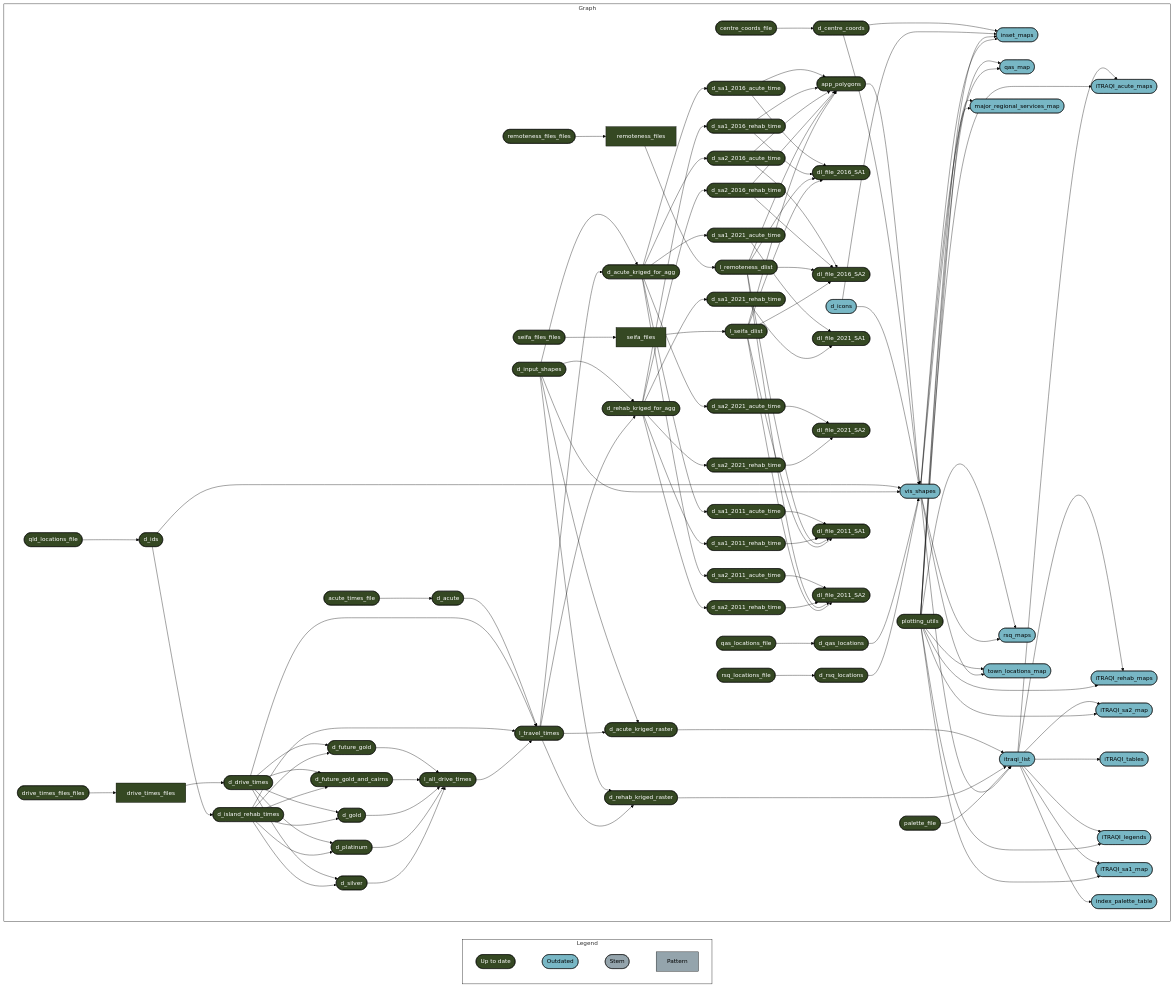
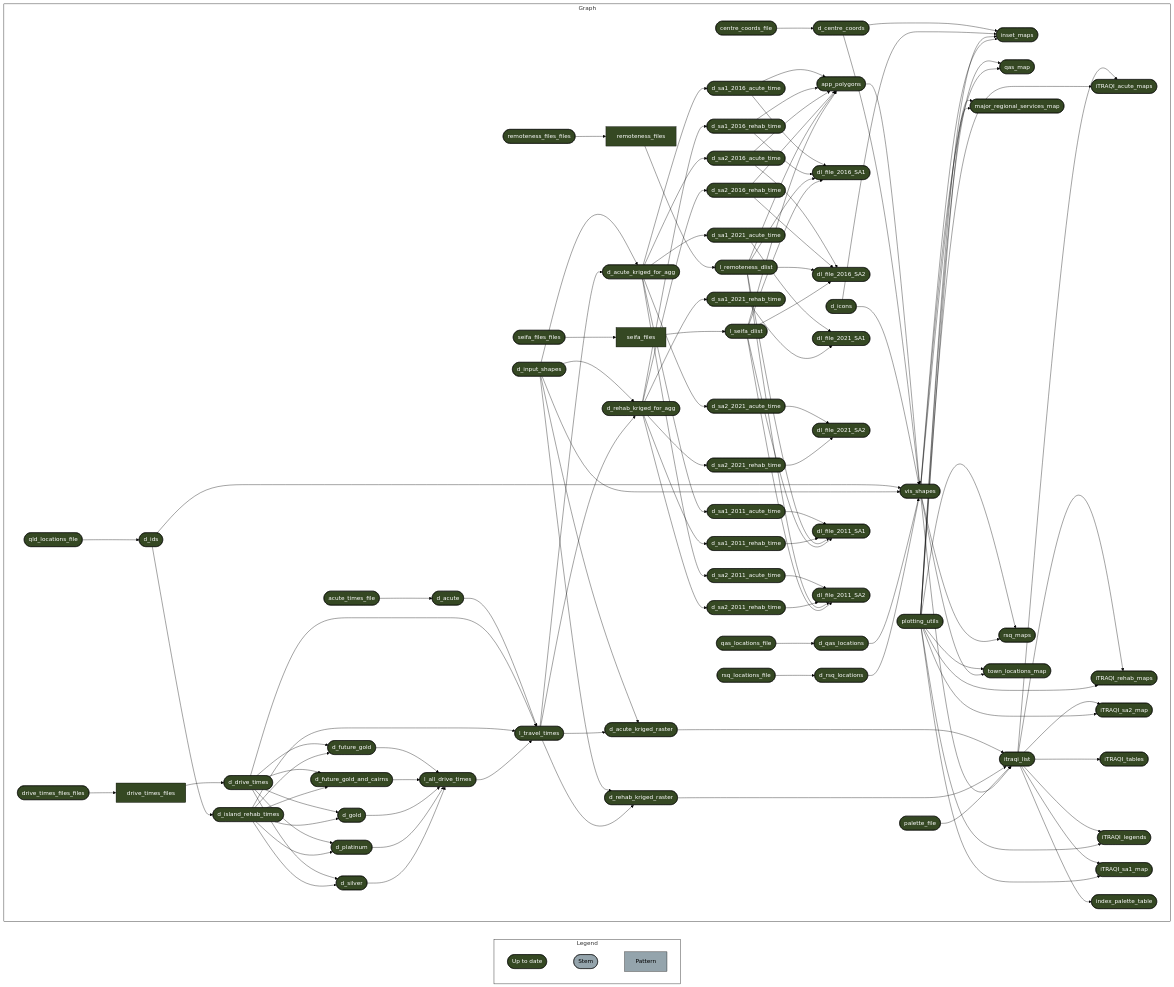
The diagram in README.md (RWParsons/iTRAQI-analyses), drawn with Mermaid (forest theme) before and after one commit. The commit also changed other lines of this file and 2 other files, not shown here.

````diff
--- a/README.md
+++ b/README.md
@@ -37,8 +35,7 @@
   style Graph fill:#FFFFFF00,stroke:#000000;
   subgraph Legend
     direction LR
-    x7420bd9270f8d27d([""Up to date""]):::uptodate --- x0a52b03877696646([""Outdated""]):::outdated
-    x0a52b03877696646([""Outdated""]):::outdated --- xbf4603d6c2c2ad6b([""Stem""]):::none
+    x7420bd9270f8d27d([""Up to date""]):::uptodate --- xbf4603d6c2c2ad6b([""Stem""]):::none
     xbf4603d6c2c2ad6b([""Stem""]):::none --- x70a5fa6bea6f298d[""Pattern""]:::none
   end
   subgraph Graph
@@ -46,18 +43,18 @@
     xcfed681661a25666(["d_acute_kriged_for_agg"]):::uptodate --> x235ba1189d5ce124(["d_sa2_2016_acute_time"]):::uptodate
     x15acd9b064c909c4(["d_drive_times"]):::uptodate --> x7115567ab47c0786(["d_future_gold"]):::uptodate
     x24fc4b6a7e38688b(["d_island_rehab_times"]):::uptodate --> x7115567ab47c0786(["d_future_gold"]):::uptodate
-    x0f8649c73df6fd69(["d_centre_coords"]):::uptodate --> xa9ea2a04c05eda30(["inset_maps"]):::outdated
-    x6e986cb21b65ebaa(["d_icons"]):::outdated --> xa9ea2a04c05eda30(["inset_maps"]):::outdated
-    x502e395192be8056(["plotting_utils"]):::uptodate --> xa9ea2a04c05eda30(["inset_maps"]):::outdated
-    xce1d319486efc243(["vis_shapes"]):::outdated --> xa9ea2a04c05eda30(["inset_maps"]):::outdated
+    x0f8649c73df6fd69(["d_centre_coords"]):::uptodate --> xa9ea2a04c05eda30(["inset_maps"]):::uptodate
+    x6e986cb21b65ebaa(["d_icons"]):::uptodate --> xa9ea2a04c05eda30(["inset_maps"]):::uptodate
+    x502e395192be8056(["plotting_utils"]):::uptodate --> xa9ea2a04c05eda30(["inset_maps"]):::uptodate
+    xce1d319486efc243(["vis_shapes"]):::uptodate --> xa9ea2a04c05eda30(["inset_maps"]):::uptodate
     x140f4dcc1344002d(["d_sa1_2016_acute_time"]):::uptodate --> x2138cd44d3ad5669(["dl_file_2016_SA1"]):::uptodate
     x17e7029742198b85(["d_sa1_2016_rehab_time"]):::uptodate --> x2138cd44d3ad5669(["dl_file_2016_SA1"]):::uptodate
     x786302e79631eb8d(["l_remoteness_dlist"]):::uptodate --> x2138cd44d3ad5669(["dl_file_2016_SA1"]):::uptodate
     xe97fee2eed97fb6f(["l_seifa_dlist"]):::uptodate --> x2138cd44d3ad5669(["dl_file_2016_SA1"]):::uptodate
-    x502e395192be8056(["plotting_utils"]):::uptodate --> x70fc135bdd27feb8(["qas_map"]):::outdated
-    xce1d319486efc243(["vis_shapes"]):::outdated --> x70fc135bdd27feb8(["qas_map"]):::outdated
-    x7ac64c2657a7a0da(["itraqi_list"]):::outdated --> x777ac6aa58ef6eb0(["iTRAQI_acute_maps"]):::outdated
-    x502e395192be8056(["plotting_utils"]):::uptodate --> x777ac6aa58ef6eb0(["iTRAQI_acute_maps"]):::outdated
+    x502e395192be8056(["plotting_utils"]):::uptodate --> x70fc135bdd27feb8(["qas_map"]):::uptodate
+    xce1d319486efc243(["vis_shapes"]):::uptodate --> x70fc135bdd27feb8(["qas_map"]):::uptodate
+    x7ac64c2657a7a0da(["itraqi_list"]):::uptodate --> x777ac6aa58ef6eb0(["iTRAQI_acute_maps"]):::uptodate
+    x502e395192be8056(["plotting_utils"]):::uptodate --> x777ac6aa58ef6eb0(["iTRAQI_acute_maps"]):::uptodate
     x235ba1189d5ce124(["d_sa2_2016_acute_time"]):::uptodate --> x6daca8a7a6cdef63(["dl_file_2016_SA2"]):::uptodate
     xd957b08abae86042(["d_sa2_2016_rehab_time"]):::uptodate --> x6daca8a7a6cdef63(["dl_file_2016_SA2"]):::uptodate
     x786302e79631eb8d(["l_remoteness_dlist"]):::uptodate --> x6daca8a7a6cdef63(["dl_file_2016_SA2"]):::uptodate
@@ -66,8 +63,8 @@
     x38420866eda88fe0(["qas_locations_file"]):::uptodate --> x05f9b2be184bafe8(["d_qas_locations"]):::uptodate
     x6b9c58fabbe5d5ac(["d_rehab_kriged_for_agg"]):::uptodate --> xb1cba206a277ab8b(["d_sa2_2011_rehab_time"]):::uptodate
     x6b9c58fabbe5d5ac(["d_rehab_kriged_for_agg"]):::uptodate --> x3d249e379cd8c8bf(["d_sa2_2021_rehab_time"]):::uptodate
-    x7ac64c2657a7a0da(["itraqi_list"]):::outdated --> x77bfd070d53e23a1(["iTRAQI_rehab_maps"]):::outdated
-    x502e395192be8056(["plotting_utils"]):::uptodate --> x77bfd070d53e23a1(["iTRAQI_rehab_maps"]):::outdated
+    x7ac64c2657a7a0da(["itraqi_list"]):::uptodate --> x77bfd070d53e23a1(["iTRAQI_rehab_maps"]):::uptodate
+    x502e395192be8056(["plotting_utils"]):::uptodate --> x77bfd070d53e23a1(["iTRAQI_rehab_maps"]):::uptodate
     xae07be3d7a5496f6(["d_sa1_2021_acute_time"]):::uptodate --> x670286573a6e737f(["dl_file_2021_SA1"]):::uptodate
     x0044d423c4129aa5(["d_sa1_2021_rehab_time"]):::uptodate --> x670286573a6e737f(["dl_file_2021_SA1"]):::uptodate
     x831ee0369a2a91ad(["d_input_shapes"]):::uptodate --> xcfed681661a25666(["d_acute_kriged_for_agg"]):::uptodate
@@ -83,13 +80,13 @@
     x5f5497709c5ef739["seifa_files"]:::uptodate --> xe97fee2eed97fb6f(["l_seifa_dlist"]):::uptodate
     x15acd9b064c909c4(["d_drive_times"]):::uptodate --> x03e84a931f36fd6b(["d_silver"]):::uptodate
     x24fc4b6a7e38688b(["d_island_rehab_times"]):::uptodate --> x03e84a931f36fd6b(["d_silver"]):::uptodate
-    x8e785e1ce1247c8f(["app_polygons"]):::uptodate --> xce1d319486efc243(["vis_shapes"]):::outdated
-    x0f8649c73df6fd69(["d_centre_coords"]):::uptodate --> xce1d319486efc243(["vis_shapes"]):::outdated
-    x6e986cb21b65ebaa(["d_icons"]):::outdated --> xce1d319486efc243(["vis_shapes"]):::outdated
-    x21879eefff325d9d(["d_ids"]):::uptodate --> xce1d319486efc243(["vis_shapes"]):::outdated
-    x831ee0369a2a91ad(["d_input_shapes"]):::uptodate --> xce1d319486efc243(["vis_shapes"]):::outdated
-    x05f9b2be184bafe8(["d_qas_locations"]):::uptodate --> xce1d319486efc243(["vis_shapes"]):::outdated
-    xc6a9168a5e03bc7c(["d_rsq_locations"]):::uptodate --> xce1d319486efc243(["vis_shapes"]):::outdated
+    x8e785e1ce1247c8f(["app_polygons"]):::uptodate --> xce1d319486efc243(["vis_shapes"]):::uptodate
+    x0f8649c73df6fd69(["d_centre_coords"]):::uptodate --> xce1d319486efc243(["vis_shapes"]):::uptodate
+    x6e986cb21b65ebaa(["d_icons"]):::uptodate --> xce1d319486efc243(["vis_shapes"]):::uptodate
+    x21879eefff325d9d(["d_ids"]):::uptodate --> xce1d319486efc243(["vis_shapes"]):::uptodate
+    x831ee0369a2a91ad(["d_input_shapes"]):::uptodate --> xce1d319486efc243(["vis_shapes"]):::uptodate
+    x05f9b2be184bafe8(["d_qas_locations"]):::uptodate --> xce1d319486efc243(["vis_shapes"]):::uptodate
+    xc6a9168a5e03bc7c(["d_rsq_locations"]):::uptodate --> xce1d319486efc243(["vis_shapes"]):::uptodate
     x2d1cfd0ea9fc15e1(["rsq_locations_file"]):::uptodate --> xc6a9168a5e03bc7c(["d_rsq_locations"]):::uptodate
     x15acd9b064c909c4(["d_drive_times"]):::uptodate --> x5c8a4b58701f0195(["d_gold"]):::uptodate
     x24fc4b6a7e38688b(["d_island_rehab_times"]):::uptodate --> x5c8a4b58701f0195(["d_gold"]):::uptodate
@@ -103,16 +100,16 @@
     xe85c83d45448032e(["d_platinum"]):::uptodate --> x95cfa4f70fea9a21(["l_all_drive_times"]):::uptodate
     x03e84a931f36fd6b(["d_silver"]):::uptodate --> x95cfa4f70fea9a21(["l_all_drive_times"]):::uptodate
     xcfed681661a25666(["d_acute_kriged_for_agg"]):::uptodate --> x3c98c5bdbae2f835(["d_sa2_2021_acute_time"]):::uptodate
-    x502e395192be8056(["plotting_utils"]):::uptodate --> x8c11cc2ca92605fc(["major_regional_services_map"]):::outdated
-    xce1d319486efc243(["vis_shapes"]):::outdated --> x8c11cc2ca92605fc(["major_regional_services_map"]):::outdated
+    x502e395192be8056(["plotting_utils"]):::uptodate --> x8c11cc2ca92605fc(["major_regional_services_map"]):::uptodate
+    xce1d319486efc243(["vis_shapes"]):::uptodate --> x8c11cc2ca92605fc(["major_regional_services_map"]):::uptodate
     xcfed681661a25666(["d_acute_kriged_for_agg"]):::uptodate --> x8ef184c44b3c9287(["d_sa2_2011_acute_time"]):::uptodate
     x85ecf85bc3a92095(["qld_locations_file"]):::uptodate --> x21879eefff325d9d(["d_ids"]):::uptodate
-    x7ac64c2657a7a0da(["itraqi_list"]):::outdated --> x4b49cbf96e14f716(["iTRAQI_sa2_map"]):::outdated
-    x502e395192be8056(["plotting_utils"]):::uptodate --> x4b49cbf96e14f716(["iTRAQI_sa2_map"]):::outdated
-    x7ac64c2657a7a0da(["itraqi_list"]):::outdated --> xd76909fa06094073(["iTRAQI_tables"]):::outdated
+    x7ac64c2657a7a0da(["itraqi_list"]):::uptodate --> x4b49cbf96e14f716(["iTRAQI_sa2_map"]):::uptodate
+    x502e395192be8056(["plotting_utils"]):::uptodate --> x4b49cbf96e14f716(["iTRAQI_sa2_map"]):::uptodate
+    x7ac64c2657a7a0da(["itraqi_list"]):::uptodate --> xd76909fa06094073(["iTRAQI_tables"]):::uptodate
     x6aff51c44af250ba(["remoteness_files_files"]):::uptodate --> x2561c370ea702599["remoteness_files"]:::uptodate
-    x7ac64c2657a7a0da(["itraqi_list"]):::outdated --> x9dc6b63955863bba(["iTRAQI_legends"]):::outdated
-    x502e395192be8056(["plotting_utils"]):::uptodate --> x9dc6b63955863bba(["iTRAQI_legends"]):::outdated
+    x7ac64c2657a7a0da(["itraqi_list"]):::uptodate --> x9dc6b63955863bba(["iTRAQI_legends"]):::uptodate
+    x502e395192be8056(["plotting_utils"]):::uptodate --> x9dc6b63955863bba(["iTRAQI_legends"]):::uptodate
     x21879eefff325d9d(["d_ids"]):::uptodate --> x24fc4b6a7e38688b(["d_island_rehab_times"]):::uptodate
     x831ee0369a2a91ad(["d_input_shapes"]):::uptodate --> x6b9c58fabbe5d5ac(["d_rehab_kriged_for_agg"]):::uptodate
     x44f0a0e2845803f1(["l_travel_times"]):::uptodate --> x6b9c58fabbe5d5ac(["d_rehab_kriged_for_agg"]):::uptodate
@@ -126,14 +123,14 @@
     xb1cba206a277ab8b(["d_sa2_2011_rehab_time"]):::uptodate --> xf1ace82ee36a732e(["dl_file_2011_SA2"]):::uptodate
     x786302e79631eb8d(["l_remoteness_dlist"]):::uptodate --> xf1ace82ee36a732e(["dl_file_2011_SA2"]):::uptodate
     xe97fee2eed97fb6f(["l_seifa_dlist"]):::uptodate --> xf1ace82ee36a732e(["dl_file_2011_SA2"]):::uptodate
-    x3556cb9010710414(["d_acute_kriged_raster"]):::uptodate --> x7ac64c2657a7a0da(["itraqi_list"]):::outdated
-    x5fb43595e3d9b43d(["d_rehab_kriged_raster"]):::uptodate --> x7ac64c2657a7a0da(["itraqi_list"]):::outdated
-    xd6673f821e7b0465(["palette_file"]):::uptodate --> x7ac64c2657a7a0da(["itraqi_list"]):::outdated
-    xce1d319486efc243(["vis_shapes"]):::outdated --> x7ac64c2657a7a0da(["itraqi_list"]):::outdated
-    x7ac64c2657a7a0da(["itraqi_list"]):::outdated --> x15005b247f2f4537(["iTRAQI_sa1_map"]):::outdated
-    x502e395192be8056(["plotting_utils"]):::uptodate --> x15005b247f2f4537(["iTRAQI_sa1_map"]):::outdated
-    x502e395192be8056(["plotting_utils"]):::uptodate --> x0ef21ba3e3751955(["rsq_maps"]):::outdated
-    xce1d319486efc243(["vis_shapes"]):::outdated --> x0ef21ba3e3751955(["rsq_maps"]):::outdated
+    x3556cb9010710414(["d_acute_kriged_raster"]):::uptodate --> x7ac64c2657a7a0da(["itraqi_list"]):::uptodate
+    x5fb43595e3d9b43d(["d_rehab_kriged_raster"]):::uptodate --> x7ac64c2657a7a0da(["itraqi_list"]):::uptodate
+    xd6673f821e7b0465(["palette_file"]):::uptodate --> x7ac64c2657a7a0da(["itraqi_list"]):::uptodate
+    xce1d319486efc243(["vis_shapes"]):::uptodate --> x7ac64c2657a7a0da(["itraqi_list"]):::uptodate
+    x7ac64c2657a7a0da(["itraqi_list"]):::uptodate --> x15005b247f2f4537(["iTRAQI_sa1_map"]):::uptodate
+    x502e395192be8056(["plotting_utils"]):::uptodate --> x15005b247f2f4537(["iTRAQI_sa1_map"]):::uptodate
+    x502e395192be8056(["plotting_utils"]):::uptodate --> x0ef21ba3e3751955(["rsq_maps"]):::uptodate
+    xce1d319486efc243(["vis_shapes"]):::uptodate --> x0ef21ba3e3751955(["rsq_maps"]):::uptodate
     x9f6a140e9d41e9f8(["drive_times_files_files"]):::uptodate --> xf635f181b39a30ce["drive_times_files"]:::uptodate
     x6b9c58fabbe5d5ac(["d_rehab_kriged_for_agg"]):::uptodate --> xd957b08abae86042(["d_sa2_2016_rehab_time"]):::uptodate
     x831ee0369a2a91ad(["d_input_shapes"]):::uptodate --> x5fb43595e3d9b43d(["d_rehab_kriged_raster"]):::uptodate
@@ -144,8 +141,8 @@
     x2561c370ea702599["remoteness_files"]:::uptodate --> x786302e79631eb8d(["l_remoteness_dlist"]):::uptodate
     x831ee0369a2a91ad(["d_input_shapes"]):::uptodate --> x3556cb9010710414(["d_acute_kriged_raster"]):::uptodate
     x44f0a0e2845803f1(["l_travel_times"]):::uptodate --> x3556cb9010710414(["d_acute_kriged_raster"]):::uptodate
-    x502e395192be8056(["plotting_utils"]):::uptodate --> x2d0c593ea638a740(["town_locations_map"]):::outdated
-    xce1d319486efc243(["vis_shapes"]):::outdated --> x2d0c593ea638a740(["town_locations_map"]):::outdated
+    x502e395192be8056(["plotting_utils"]):::uptodate --> x2d0c593ea638a740(["town_locations_map"]):::uptodate
+    xce1d319486efc243(["vis_shapes"]):::uptodate --> x2d0c593ea638a740(["town_locations_map"]):::uptodate
     x140f4dcc1344002d(["d_sa1_2016_acute_time"]):::uptodate --> x8e785e1ce1247c8f(["app_polygons"]):::uptodate
     x17e7029742198b85(["d_sa1_2016_rehab_time"]):::uptodate --> x8e785e1ce1247c8f(["app_polygons"]):::uptodate
     x235ba1189d5ce124(["d_sa2_2016_acute_time"]):::uptodate --> x8e785e1ce1247c8f(["app_polygons"]):::uptodate
@@ -153,13 +150,11 @@
     x786302e79631eb8d(["l_remoteness_dlist"]):::uptodate --> x8e785e1ce1247c8f(["app_polygons"]):::uptodate
     xe97fee2eed97fb6f(["l_seifa_dlist"]):::uptodate --> x8e785e1ce1247c8f(["app_polygons"]):::uptodate
     xcfed681661a25666(["d_acute_kriged_for_agg"]):::uptodate --> x140f4dcc1344002d(["d_sa1_2016_acute_time"]):::uptodate
-    x7ac64c2657a7a0da(["itraqi_list"]):::outdated --> x6e1c1296adb53f85(["index_palette_table"]):::outdated
+    x7ac64c2657a7a0da(["itraqi_list"]):::uptodate --> x6e1c1296adb53f85(["index_palette_table"]):::uptodate
     x84e32dc64694e951(["centre_coords_file"]):::uptodate --> x0f8649c73df6fd69(["d_centre_coords"]):::uptodate
   end
   classDef uptodate stroke:#000000,color:#ffffff,fill:#354823;
-  classDef outdated stroke:#000000,color:#000000,fill:#78B7C5;
   classDef none stroke:#000000,color:#000000,fill:#94a4ac;
   linkStyle 0 stroke-width:0px;
   linkStyle 1 stroke-width:0px;
-  linkStyle 2 stroke-width:0px;
 ```
````
